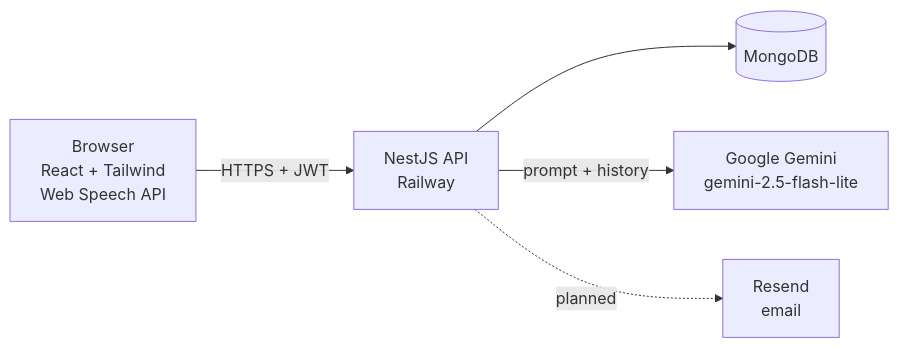
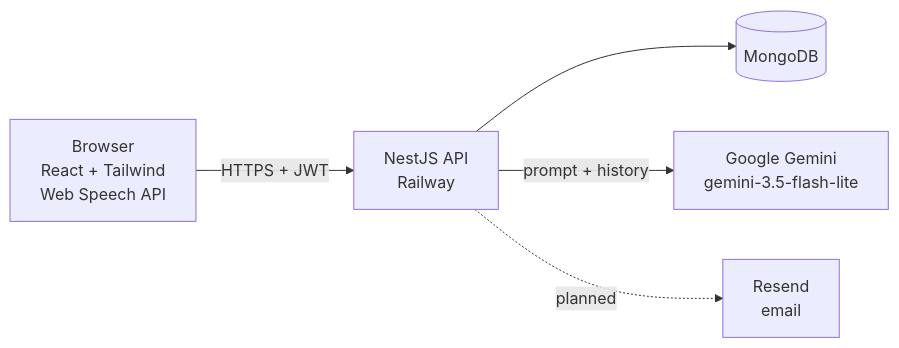
One commit to CodingLady22/ai-italian-tutor changed the diagram in docs/context/project-overview.md. Above: the diagram before and after it, drawn with Mermaid. The commit also changed other lines of this file and 7 other files, not shown here.

````diff
--- a/docs/context/project-overview.md
+++ b/docs/context/project-overview.md
@@ -26,7 +26,7 @@
 ```mermaid
 flowchart LR
   U[Browser<br/>React + Tailwind<br/>Web Speech API] -->|HTTPS + JWT| API[NestJS API<br/>Railway]
   API --> DB[(MongoDB)]
-  API -->|prompt + history| G[Google Gemini<br/>gemini-2.5-flash-lite]
+  API -->|prompt + history| G[Google Gemini<br/>gemini-3.5-flash-lite]
   API -.->|planned| R[Resend<br/>email]
 ```
````
